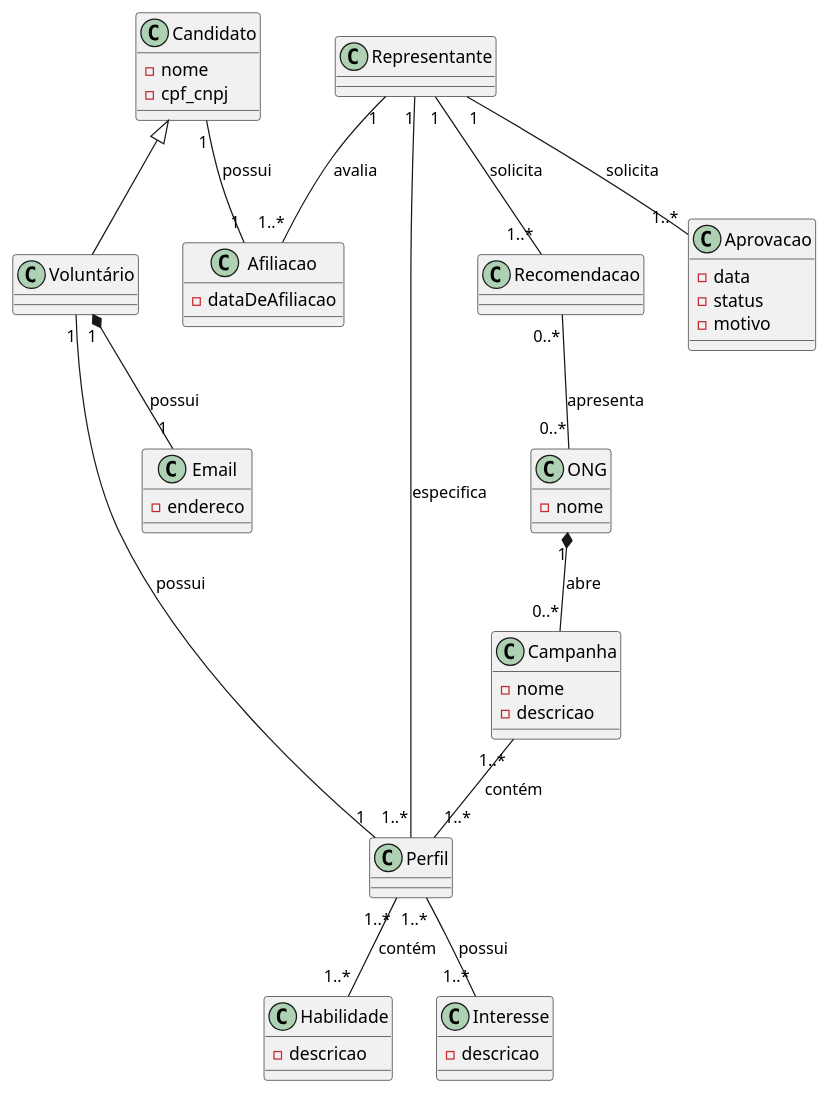
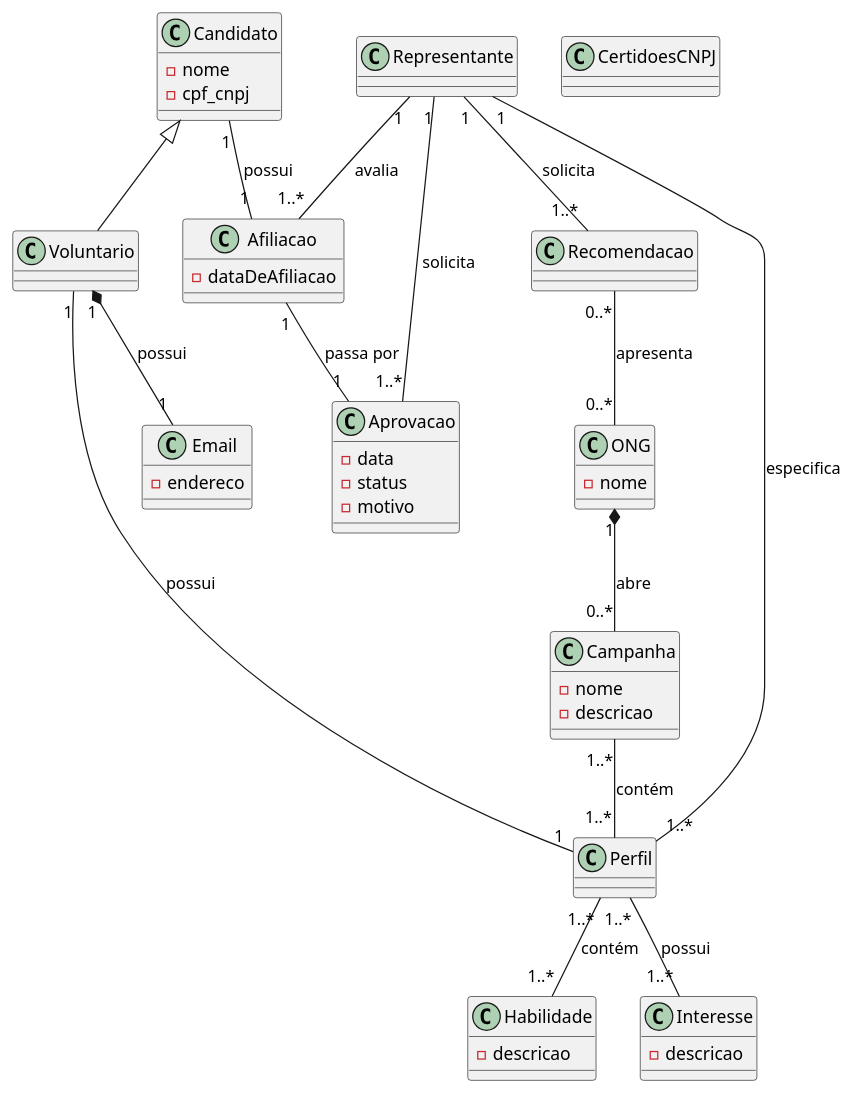
One commit to guisgiacomini/redeMaisSocialProjetoSoftware changed the diagram in diagrama-de-classes-dominio/img/uc003/diagrama-de-classes-dominio.puml. Above: the diagram before and after it, drawn with PlantUML. The commit also changed other lines of this file and 1 other file, not shown here.

Commit message:
aprovacao

```diff
--- a/diagrama-de-classes-dominio/img/uc003/diagrama-de-classes-dominio.puml
+++ b/diagrama-de-classes-dominio/img/uc003/diagrama-de-classes-dominio.puml
@@ -1,72 +1,78 @@
 @startuml
 class Candidato {
     -nome
     -cpf_cnpj
 }
 
 class ONG { 
     -nome
 }
 
-class Voluntário extends Candidato {
+class Voluntario extends Candidato {
 
 }
 
 class Campanha {
     -nome
     -descricao
 }
 
 class Afiliacao {
     -dataDeAfiliacao
 }
 
 class Perfil {
 
 }
 
 class Habilidade {
     -descricao
 }
 
 class Interesse {
     -descricao
 }
 
 class Representante {
     
 }
 
 class Email {
     -endereco
 }
 
 class Recomendacao {
 
 }
 
 class Aprovacao {
     -data
     -status
     -motivo
 }
 
+class CertidoesCNPJ {
+
+}
+
 Perfil "1..*" -- "1..*" Habilidade: contém
 Perfil "1..*" -- "1..*" Interesse: possui
 
 Candidato "1" -- "1" Afiliacao: possui
 
-Voluntário "1" -- "1" Perfil: possui
-Voluntário "1" *-- "1" Email: possui
+Voluntario "1" -- "1" Perfil: possui
+Voluntario "1" *-- "1" Email: possui
 
 ONG "1" *-- "0..*" Campanha: abre
 Campanha "1..*" -- "1..*" Perfil: contém
 
 Representante "1" -- "1..*" Afiliacao: avalia
 Representante "1" -- "1..*" Aprovacao: solicita
 Representante "1" -- "1..*" Perfil: especifica
 Representante "1" -- "1..*" Recomendacao: solicita
 
 Recomendacao "0..*" -- "0..*" ONG: apresenta
 
+Afiliacao "1" -- "1" Aprovacao : "passa por"
+
 @enduml
```
